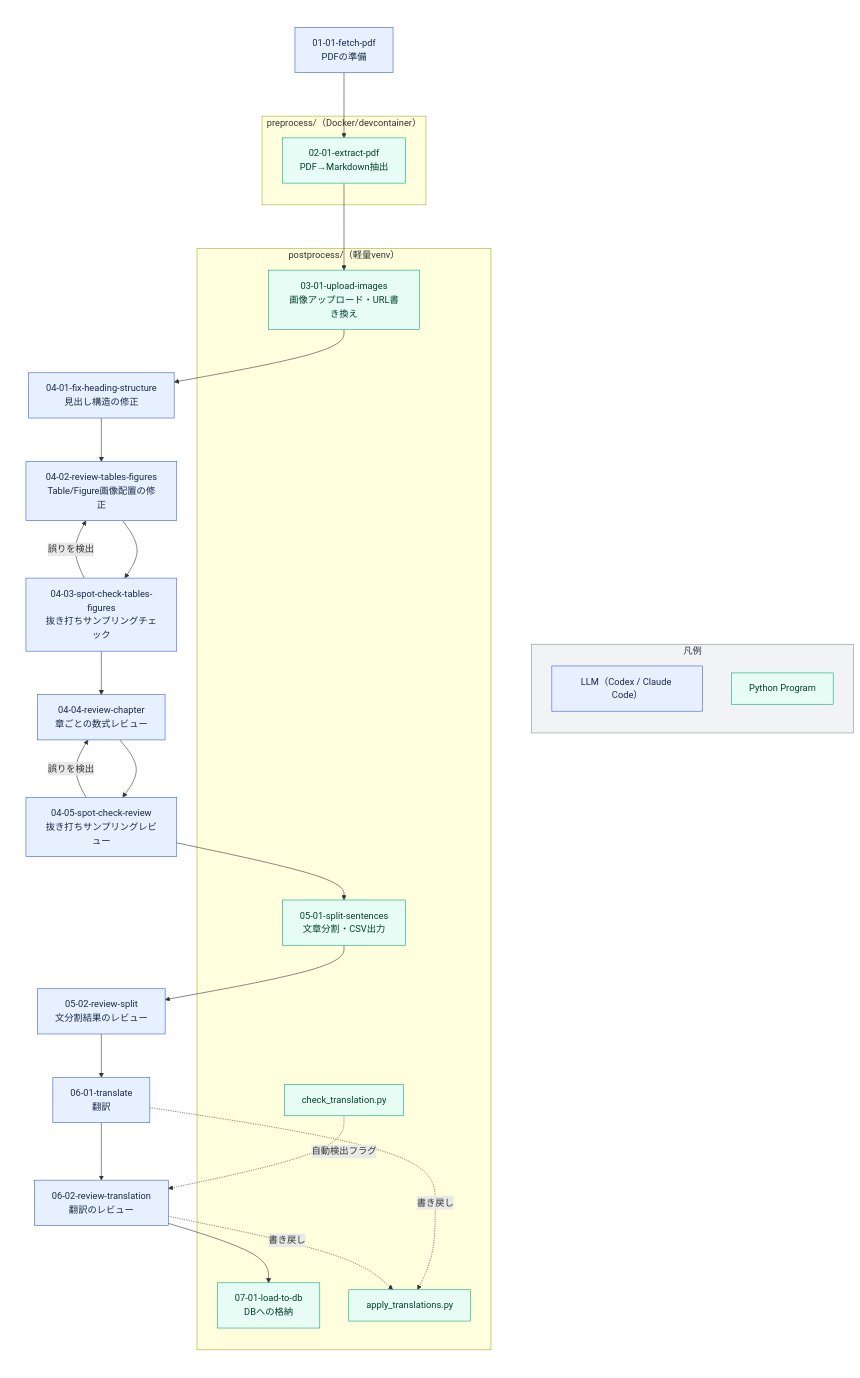
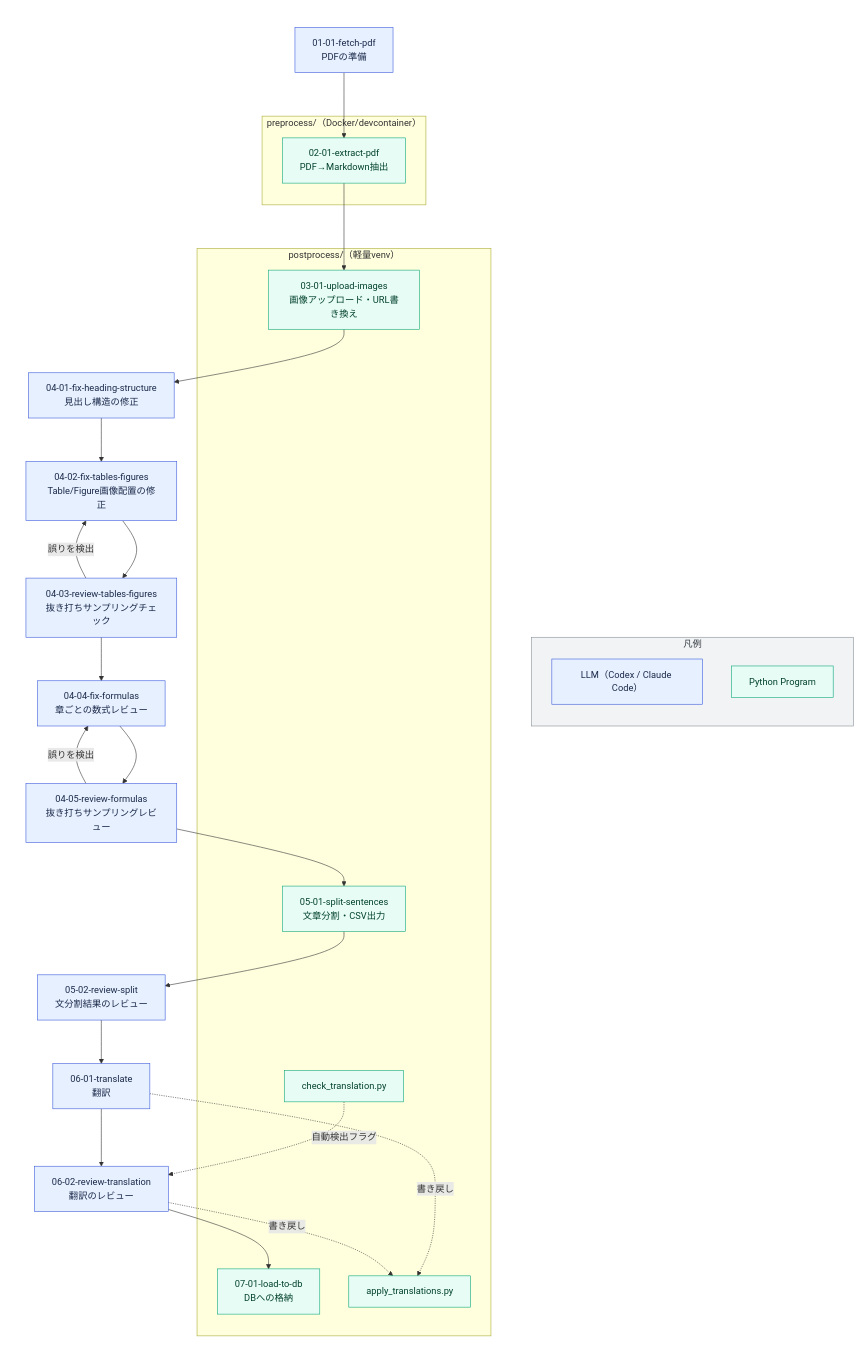
Before and after one commit to uk-lock/paper-reader: the diagram in docs/01_workflow.md, drawn with Mermaid. The commit also changed other lines of this file and 22 other files, not shown here.

````diff
--- a/docs/01_workflow.md
+++ b/docs/01_workflow.md
@@ -16,48 +16,48 @@
 ```mermaid
 flowchart LR
     subgraph pipeline[" "]
         direction TB
         S1["01-01-fetch-pdf<br/>PDFの準備"]:::llm --> S2["02-01-extract-pdf<br/>PDF→Markdown抽出"]:::prog
         S2 --> S3["03-01-upload-images<br/>画像アップロード・URL書き換え"]:::prog
         S3 --> S4["04-01-fix-heading-structure<br/>見出し構造の修正"]:::llm
-        S4 --> S4a["04-02-review-tables-figures<br/>Table/Figure画像配置の修正"]:::llm
-        S4a --> S4b["04-03-spot-check-tables-figures<br/>抜き打ちサンプリングチェック"]:::llm
+        S4 --> S4a["04-02-fix-tables-figures<br/>Table/Figure画像配置の修正"]:::llm
+        S4a --> S4b["04-03-review-tables-figures<br/>抜き打ちサンプリングチェック"]:::llm
         S4b -- 誤りを検出 --> S4a
-        S4b --> S5["04-04-review-chapter<br/>章ごとの数式レビュー"]:::llm
-        S5 --> S6["04-05-spot-check-review<br/>抜き打ちサンプリングレビュー"]:::llm
+        S4b --> S5["04-04-fix-formulas<br/>章ごとの数式レビュー"]:::llm
+        S5 --> S6["04-05-review-formulas<br/>抜き打ちサンプリングレビュー"]:::llm
         S6 -- 誤りを検出 --> S5
         S6 --> S7["05-01-split-sentences<br/>文章分割・CSV出力"]:::prog
         S7 --> S8["05-02-review-split<br/>文分割結果のレビュー"]:::llm
         S8 --> S9["06-01-translate<br/>翻訳"]:::llm
         S9 --> S10["06-02-review-translation<br/>翻訳のレビュー"]:::llm
         S10 --> S11["07-01-load-to-db<br/>DBへの格納"]:::prog
 
         S9 -. 書き戻し .-> Sfn1["apply_translations.py"]:::prog
         S10 -. 書き戻し .-> Sfn1
         Sfn2["check_translation.py"]:::prog -. 自動検出フラグ .-> S10
 
         subgraph preprocess["preprocess/（Docker/devcontainer）"]
             S2
         end
         subgraph postprocess["postprocess/（軽量venv）"]
             S3
             S7
             Sfn1
             Sfn2
             S11
         end
     end
 
     subgraph legend["凡例"]
         direction TB
         LG1["LLM（Codex / Claude Code）"]:::llm
         LG2["Python Program"]:::prog
     end
 
     pipeline ~~~ legend
 
     classDef llm fill:#E7F0FF,stroke:#3B5BDB,color:#1B2A4A
     classDef prog fill:#E6FCF5,stroke:#0CA678,color:#04422E
     style legend fill:#F1F3F5,stroke:#868E96,color:#343A40
     style pipeline fill:none,stroke:none
 ```
````
